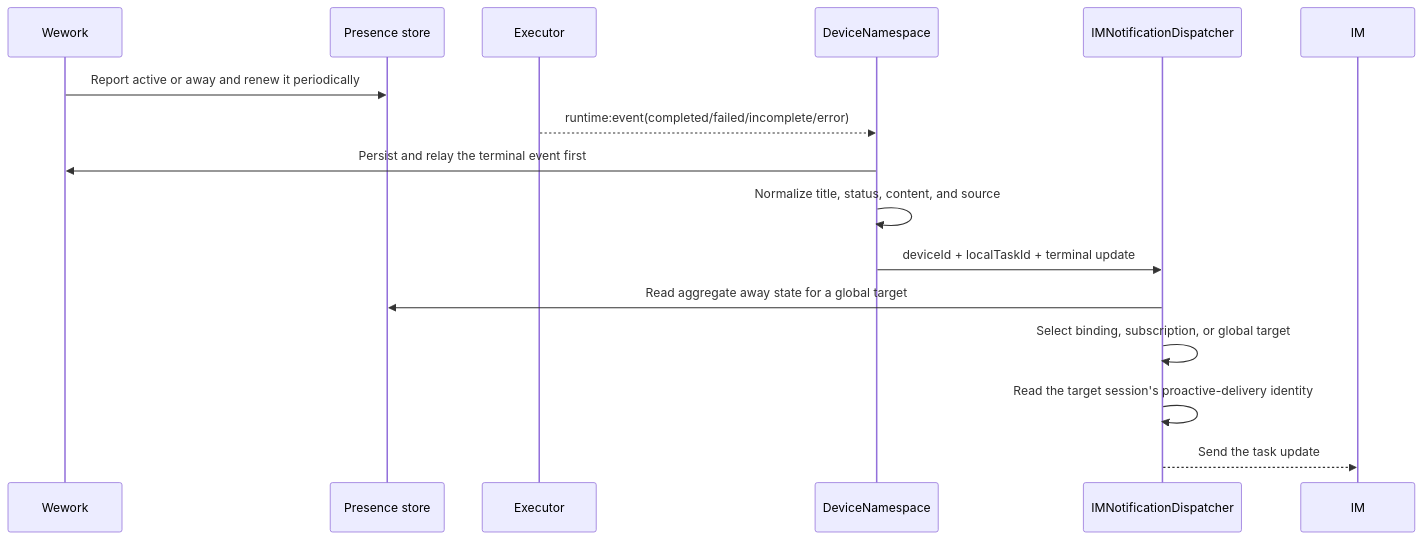
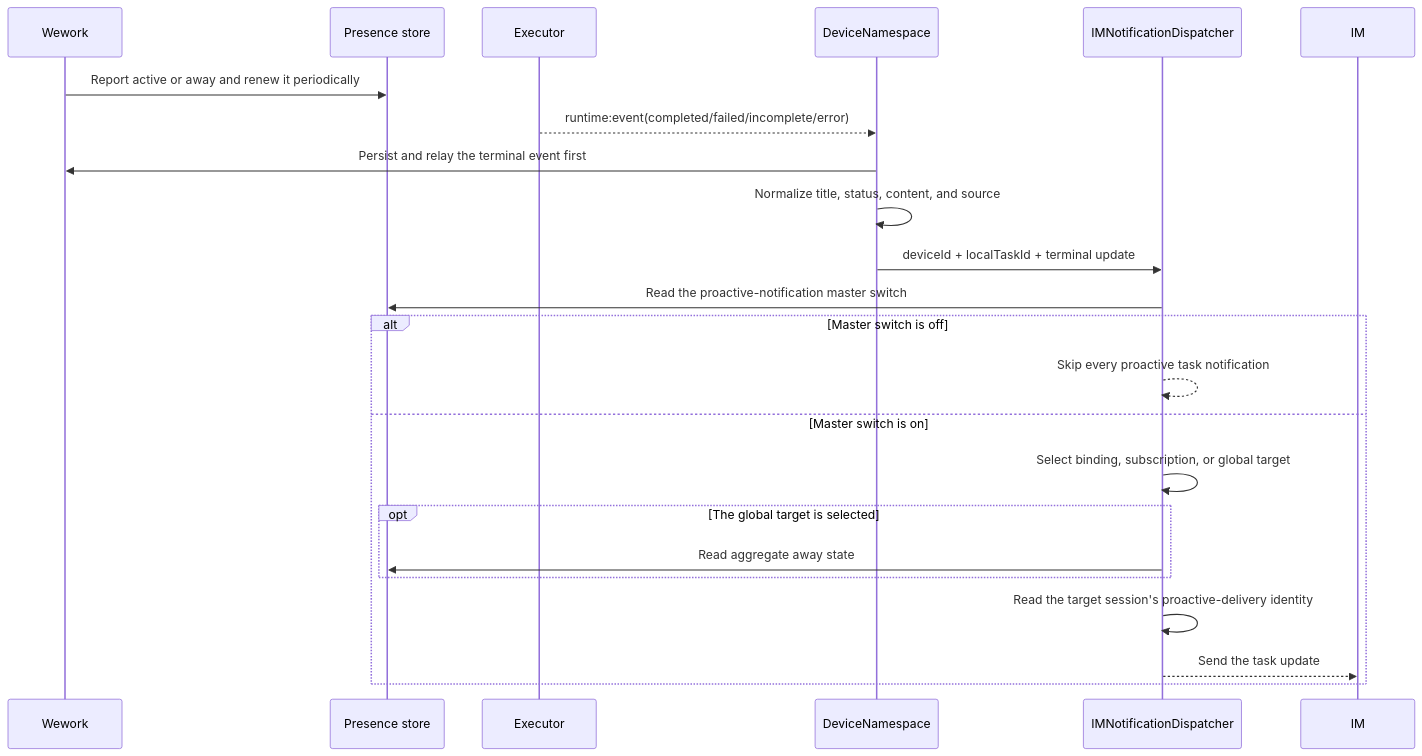
The second of 2 diagrams in docs/en/architecture/runtime-im-notifications.md (wecode-ai/Wegent), drawn with Mermaid before and after one commit. The commit also changed other lines of this file and 3 other files, not shown here.

Commit message:
fix(im): honor notification switch for bound tasks

````diff
--- a/docs/en/architecture/runtime-im-notifications.md
+++ b/docs/en/architecture/runtime-im-notifications.md
@@ -24,19 +25,26 @@
 ```mermaid
 sequenceDiagram
     participant W as Wework
     participant P as Presence store
     participant E as Executor
     participant D as DeviceNamespace
     participant N as IMNotificationDispatcher
     participant I as IM
 
     W->>P: Report active or away and renew it periodically
     E-->>D: runtime:event(completed/failed/incomplete/error)
     D->>W: Persist and relay the terminal event first
     D->>D: Normalize title, status, content, and source
     D->>N: deviceId + localTaskId + terminal update
-    N->>P: Read aggregate away state for a global target
-    N->>N: Select binding, subscription, or global target
-    N->>N: Read the target session's proactive-delivery identity
-    N-->>I: Send the task update
+    N->>P: Read the proactive-notification master switch
+    alt Master switch is off
+        N-->>N: Skip every proactive task notification
+    else Master switch is on
+        N->>N: Select binding, subscription, or global target
+        opt The global target is selected
+            N->>P: Read aggregate away state
+        end
+        N->>N: Read the target session's proactive-delivery identity
+        N-->>I: Send the task update
+    end
 ```
````
